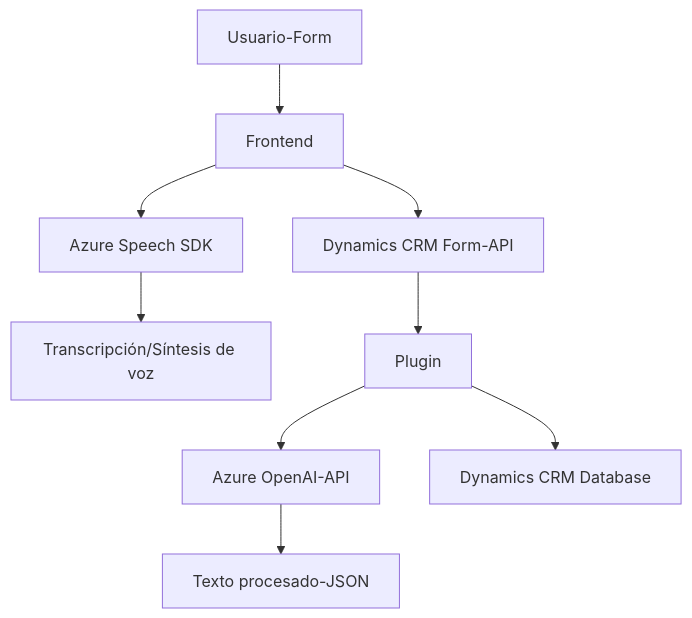
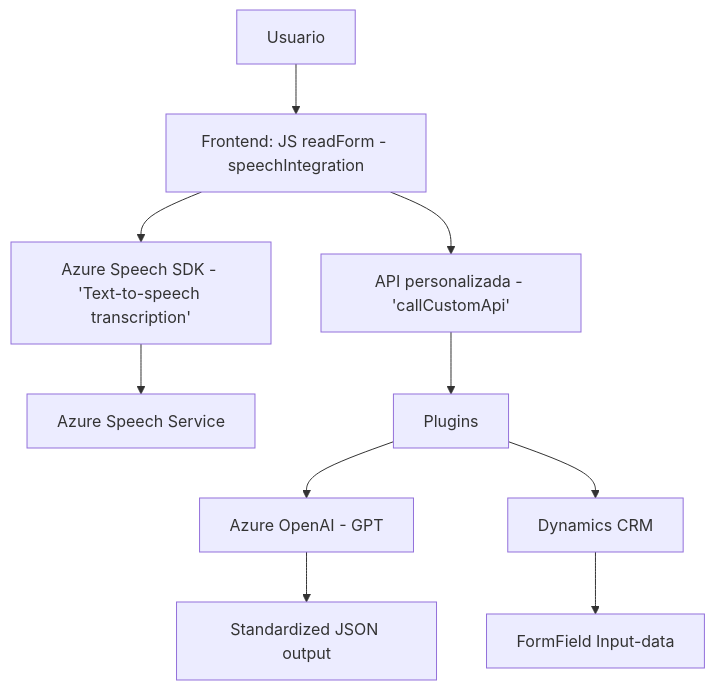
Before and after one commit to blopezdm/NETCORE_BILBAO2025: the diagram in README.md, drawn with Mermaid. The commit also changed other lines of this file, not shown here.

````diff
--- a/README.md
+++ b/README.md
@@ -39,11 +59,12 @@
 ```mermaid
 graph TD
-    A["Usuario-Form"] --> B["Frontend"]
-    B["Frontend"] --> C["Dynamics CRM Form-API"]
-    B["Frontend"] --> D["Azure Speech SDK"]
-    D["Azure Speech SDK"] --> E["Transcripción/Síntesis de voz"]
-    C["Dynamics CRM Form-API"] --> F["Plugin"]
-    F["Plugin"] --> G["Azure OpenAI-API"]
-    G["Azure OpenAI-API"] --> H["Texto procesado-JSON"]
-    F["Plugin"] --> I["Dynamics CRM Database"]
+    A["Usuario"] --> B["Frontend: JS readForm - speechIntegration"]
+    B --> C["Azure Speech SDK - 'Text-to-speech transcription'"]
+    B --> D["API personalizada - 'callCustomApi'"]
+    C --> E["Azure Speech Service"]
+    D --> F["Plugins"]
+    F --> G["Azure OpenAI - GPT"]
+    F --> H["Dynamics CRM"]
+    H --> J["FormField Input-data"]
+    G --> I["Standardized JSON output"]
 ```
````
